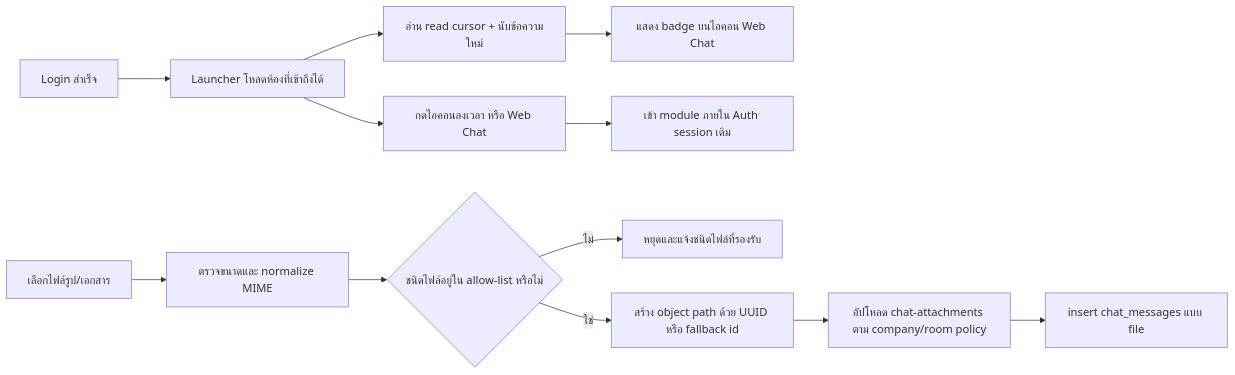
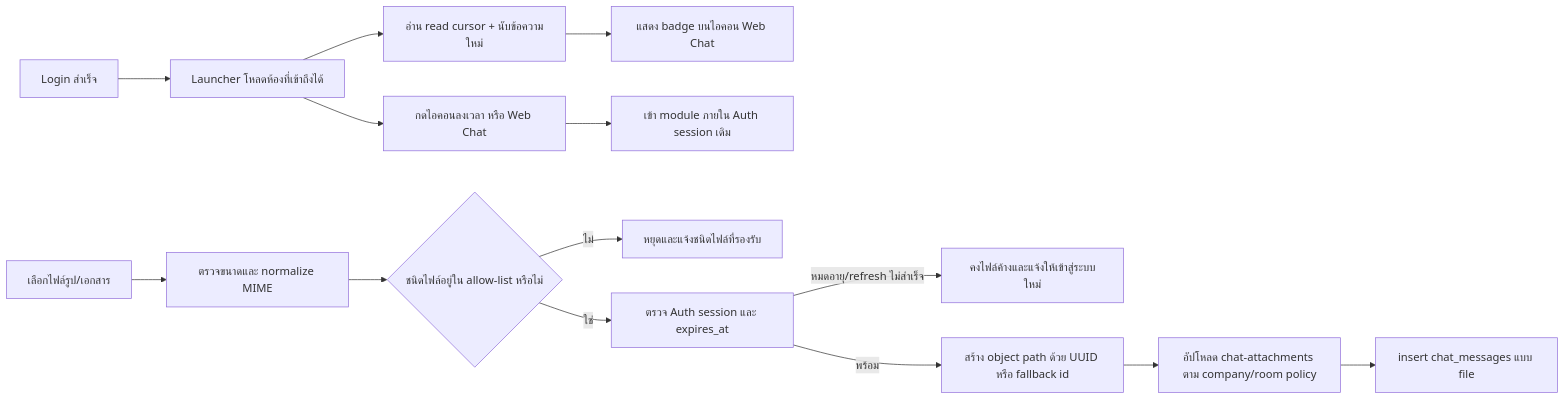
The sixth of 10 diagrams in docs/CHAT_ATTENDANCE_BRIDGE_FLOW.md (paramonjong-afk/WisdomAI), drawn with Mermaid before and after one commit. The commit also changed other lines of this file and 18 other files, not shown here.

Commit message:
fix: sync web chat attachment flow across hosts

````diff
--- a/docs/CHAT_ATTENDANCE_BRIDGE_FLOW.md
+++ b/docs/CHAT_ATTENDANCE_BRIDGE_FLOW.md
@@ -207,14 +211,16 @@
 ```mermaid
 flowchart LR
   A[Login สำเร็จ] --> B[Launcher โหลดห้องที่เข้าถึงได้]
   B --> C[อ่าน read cursor + นับข้อความใหม่]
   C --> D[แสดง badge บนไอคอน Web Chat]
   B --> E[กดไอคอนลงเวลา หรือ Web Chat]
   E --> F[เข้า module ภายใน Auth session เดิม]
   G[เลือกไฟล์รูป/เอกสาร] --> H[ตรวจขนาดและ normalize MIME]
   H --> I{ชนิดไฟล์อยู่ใน allow-list หรือไม่}
   I -->|ไม่| J[หยุดและแจ้งชนิดไฟล์ที่รองรับ]
-  I -->|ใช่| N[สร้าง object path ด้วย UUID หรือ fallback id]
+  I -->|ใช่| S[ตรวจ Auth session และ expires_at]
+  S -->|หมดอายุ/refresh ไม่สำเร็จ| T[คงไฟล์ค้างและแจ้งให้เข้าสู่ระบบใหม่]
+  S -->|พร้อม| N[สร้าง object path ด้วย UUID หรือ fallback id]
   N --> K[อัปโหลด chat-attachments ตาม company/room policy]
   K --> L[insert chat_messages แบบ file]
 ```
````
